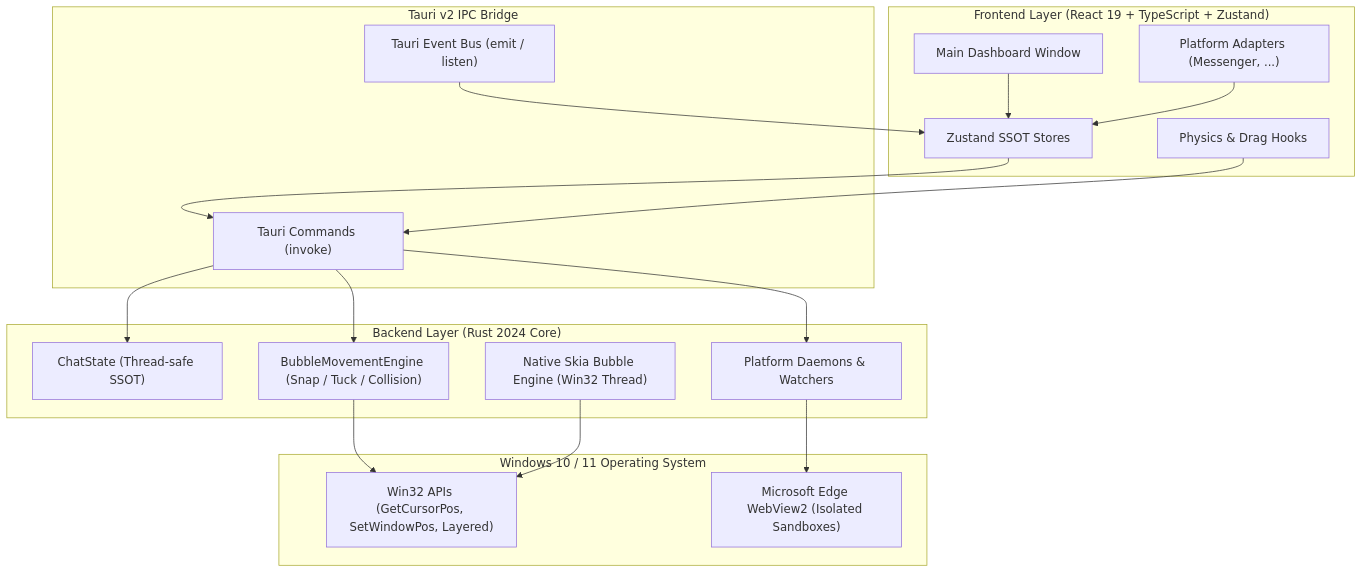
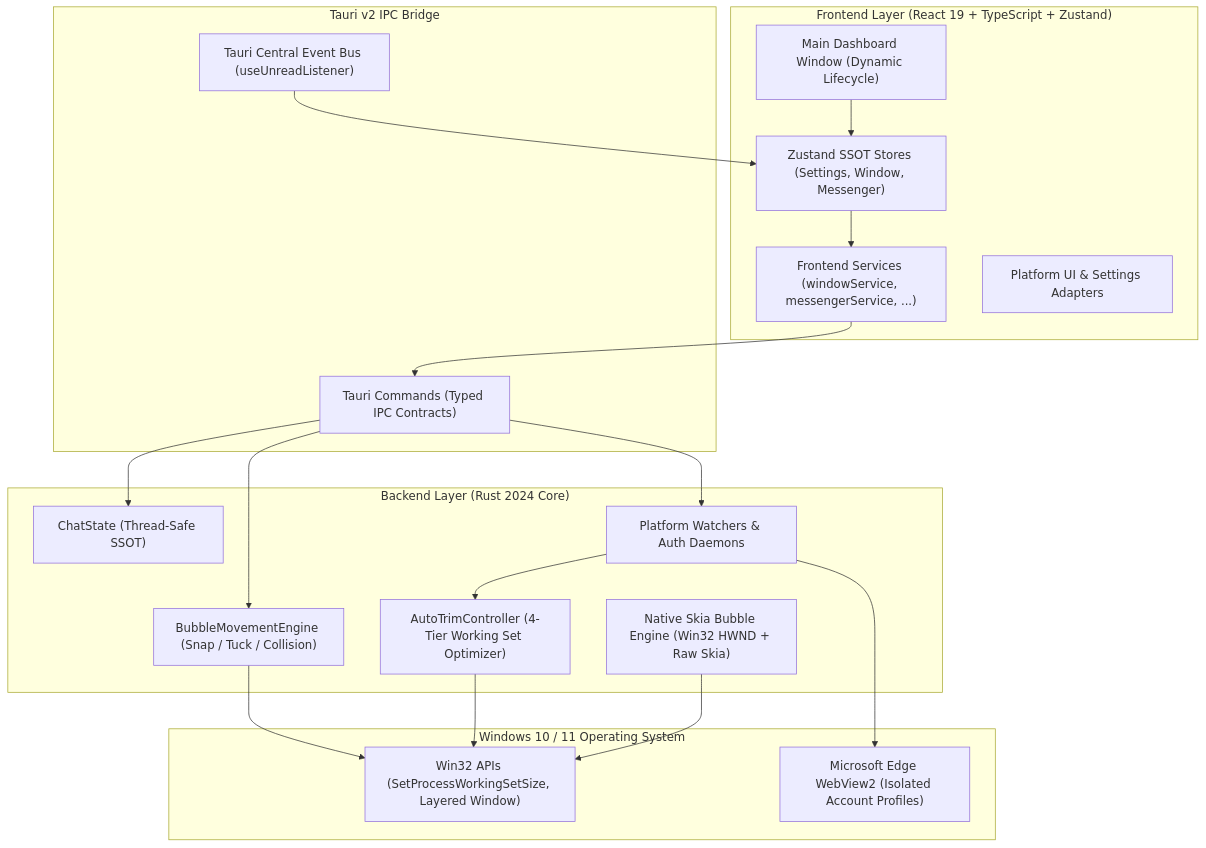
One commit to Lelequyngocquy/desktop-bubble-chat changed the diagram in README.md. Above: the diagram before and after it, drawn with Mermaid. The commit also changed other lines of this file and 1 other file, not shown here.

````diff
--- a/README.md
+++ b/README.md
@@ -55,40 +80,42 @@
 ```mermaid
 flowchart TD
     subgraph Frontend["Frontend Layer (React 19 + TypeScript + Zustand)"]
-        UI["Main Dashboard Window"]
-        STORE["Zustand SSOT Stores"]
-        HOOKS["Physics & Drag Hooks"]
-        FE_PLUG["Platform Adapters (Messenger, ...)"]
+        UI["Main Dashboard Window (Dynamic Lifecycle)"]
+        STORE["Zustand SSOT Stores (Settings, Window, Messenger)"]
+        SERVICES["Frontend Services (windowService, messengerService, ...)"]
+        FE_PLUG["Platform UI & Settings Adapters"]
     end
 
     subgraph IPC["Tauri v2 IPC Bridge"]
-        INVOKE["Tauri Commands (invoke)"]
-        EVENTS["Tauri Event Bus (emit / listen)"]
+        INVOKE["Tauri Commands (Typed IPC Contracts)"]
+        EVENTS["Tauri Central Event Bus (useUnreadListener)"]
     end
 
     subgraph Backend["Backend Layer (Rust 2024 Core)"]
-        STATE["ChatState (Thread-safe SSOT)"]
+        STATE["ChatState (Thread-Safe SSOT)"]
+        TRIM["AutoTrimController (4-Tier Working Set Optimizer)"]
         ENGINE["BubbleMovementEngine (Snap / Tuck / Collision)"]
-        SKIA["Native Skia Bubble Engine (Win32 Thread)"]
-        BE_PLUG["Platform Daemons & Watchers"]
+        SKIA["Native Skia Bubble Engine (Win32 HWND + Raw Skia)"]
+        BE_PLUG["Platform Watchers & Auth Daemons"]
     end
 
     subgraph OS["Windows 10 / 11 Operating System"]
-        WIN32["Win32 APIs (GetCursorPos, SetWindowPos, Layered)"]
-        WV2["Microsoft Edge WebView2 (Isolated Sandboxes)"]
+        WIN32["Win32 APIs (SetProcessWorkingSetSize, Layered Window)"]
+        WV2["Microsoft Edge WebView2 (Isolated Account Profiles)"]
     end
 
     UI --> STORE
-    FE_PLUG --> STORE
-    STORE --> INVOKE
-    HOOKS --> INVOKE
+    STORE --> SERVICES
+    SERVICES --> INVOKE
     EVENTS --> STORE
 
     INVOKE --> STATE
     INVOKE --> ENGINE
     INVOKE --> BE_PLUG
 
+    BE_PLUG --> TRIM
+    TRIM --> WIN32
     ENGINE --> WIN32
     SKIA --> WIN32
     BE_PLUG --> WV2
 ```
````
